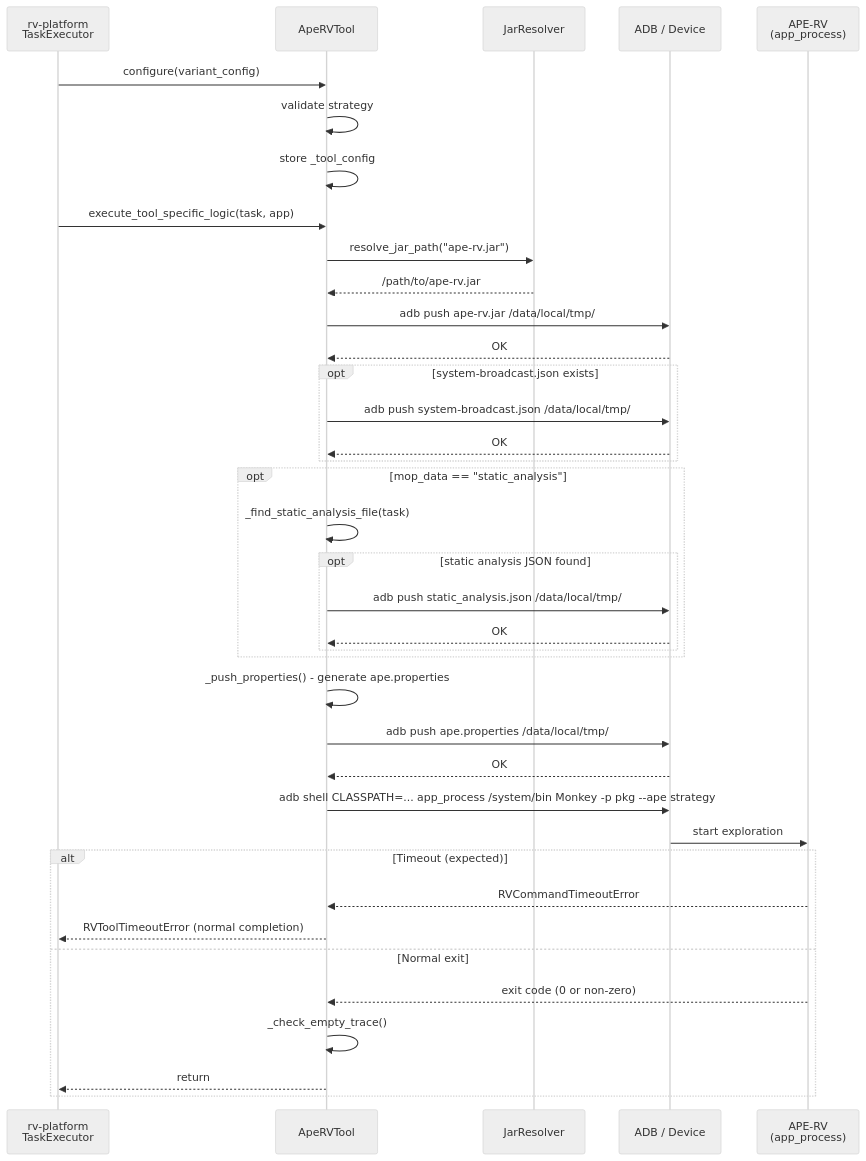
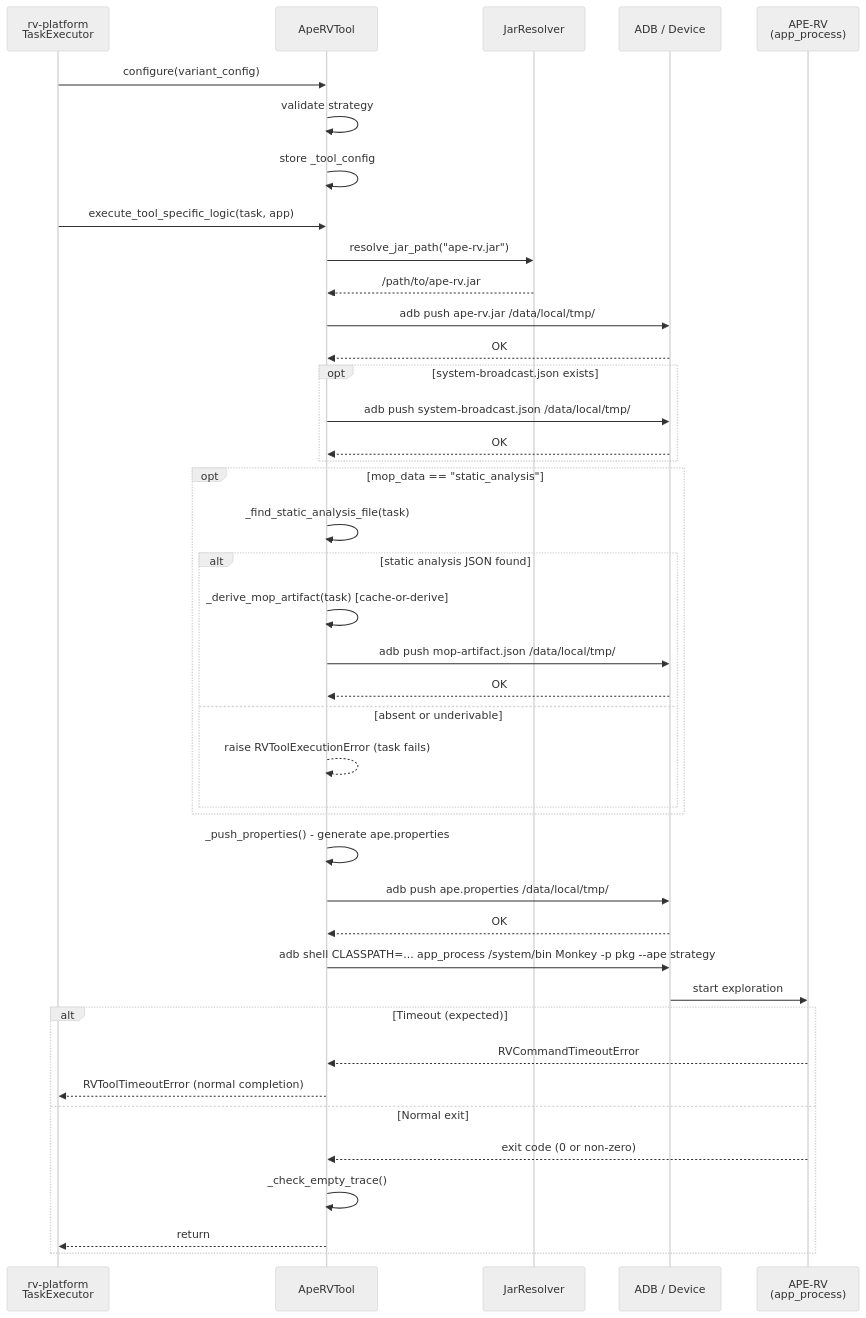
Before and after one commit to PAMunb/rvsec: the third of 5 diagrams in rv-android/modules/aperv-tool/docs/architecture.md, drawn with Mermaid. The commit also changed other lines of this file and 11 other files, not shown here.

````diff
--- a/rv-android/modules/aperv-tool/docs/architecture.md
+++ b/rv-android/modules/aperv-tool/docs/architecture.md
@@ -242,50 +242,53 @@
 ```mermaid
 %%{init: {'theme': 'neutral'}}%%
 sequenceDiagram
     participant Platform as rv-platform<br/>TaskExecutor
     participant Tool as ApeRVTool
     participant Resolver as JarResolver
     participant ADB as ADB / Device
     participant APE as APE-RV<br/>(app_process)
 
     Platform->>Tool: configure(variant_config)
     Tool->>Tool: validate strategy
     Tool->>Tool: store _tool_config
 
     Platform->>Tool: execute_tool_specific_logic(task, app)
 
     Tool->>Resolver: resolve_jar_path("ape-rv.jar")
     Resolver-->>Tool: /path/to/ape-rv.jar
 
     Tool->>ADB: adb push ape-rv.jar /data/local/tmp/
     ADB-->>Tool: OK
 
     opt system-broadcast.json exists
         Tool->>ADB: adb push system-broadcast.json /data/local/tmp/
         ADB-->>Tool: OK
     end
 
     opt mop_data == "static_analysis"
         Tool->>Tool: _find_static_analysis_file(task)
-        opt static analysis JSON found
-            Tool->>ADB: adb push static_analysis.json /data/local/tmp/
+        alt static analysis JSON found
+            Tool->>Tool: _derive_mop_artifact(task) [cache-or-derive]
+            Tool->>ADB: adb push mop-artifact.json /data/local/tmp/
             ADB-->>Tool: OK
+        else absent or underivable
+            Tool-->>Tool: raise RVToolExecutionError (task fails)
         end
     end
 
     Tool->>Tool: _push_properties() - generate ape.properties
     Tool->>ADB: adb push ape.properties /data/local/tmp/
     ADB-->>Tool: OK
 
     Tool->>ADB: adb shell CLASSPATH=... app_process /system/bin Monkey -p pkg --ape strategy
     ADB->>APE: start exploration
 
     alt Timeout (expected)
         APE-->>Tool: RVCommandTimeoutError
         Tool-->>Platform: RVToolTimeoutError (normal completion)
     else Normal exit
         APE-->>Tool: exit code (0 or non-zero)
         Tool->>Tool: _check_empty_trace()
         Tool-->>Platform: return
     end
 ```
````
